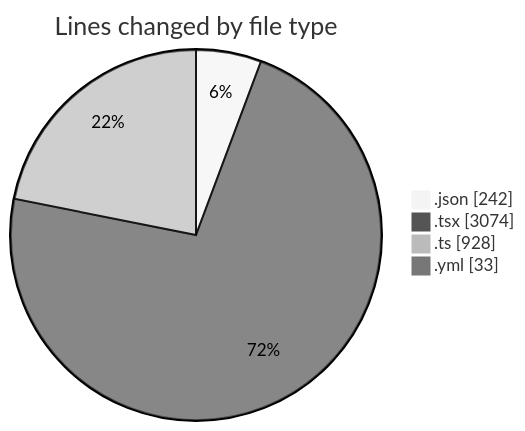
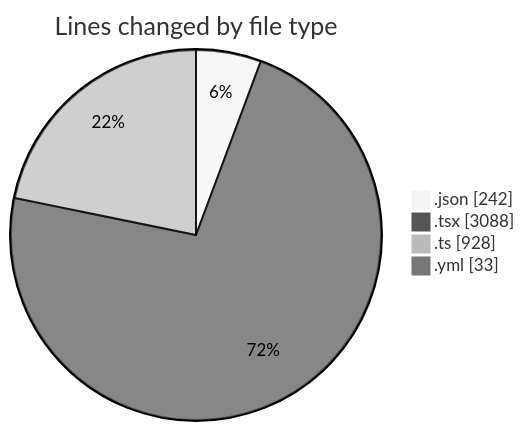
One commit to julien-gomy/code-tracking changed the first of 2 diagrams in 2025-11-17/eventscop-frontend-guide__workspace_/README.md. Above: the diagram before and after it, drawn with Mermaid (neutral theme). The commit also changed other lines of this file and 1 other file, not shown here.

````diff
--- a/2025-11-17/eventscop-frontend-guide__workspace_/README.md
+++ b/2025-11-17/eventscop-frontend-guide__workspace_/README.md
@@ -44,8 +44,8 @@
 ```mermaid
 pie showData
 title Lines changed by file type
 ".json" : 242
-".tsx" : 3074
+".tsx" : 3088
 ".ts" : 928
 ".yml" : 33
 ```
````
